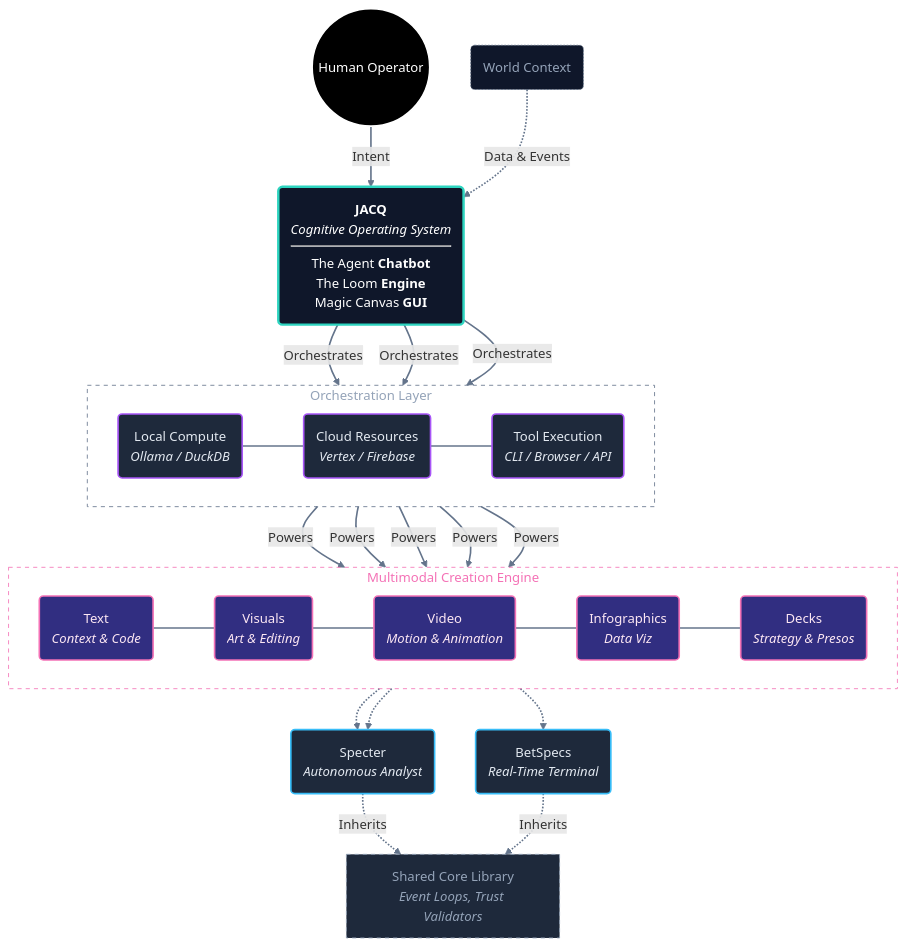
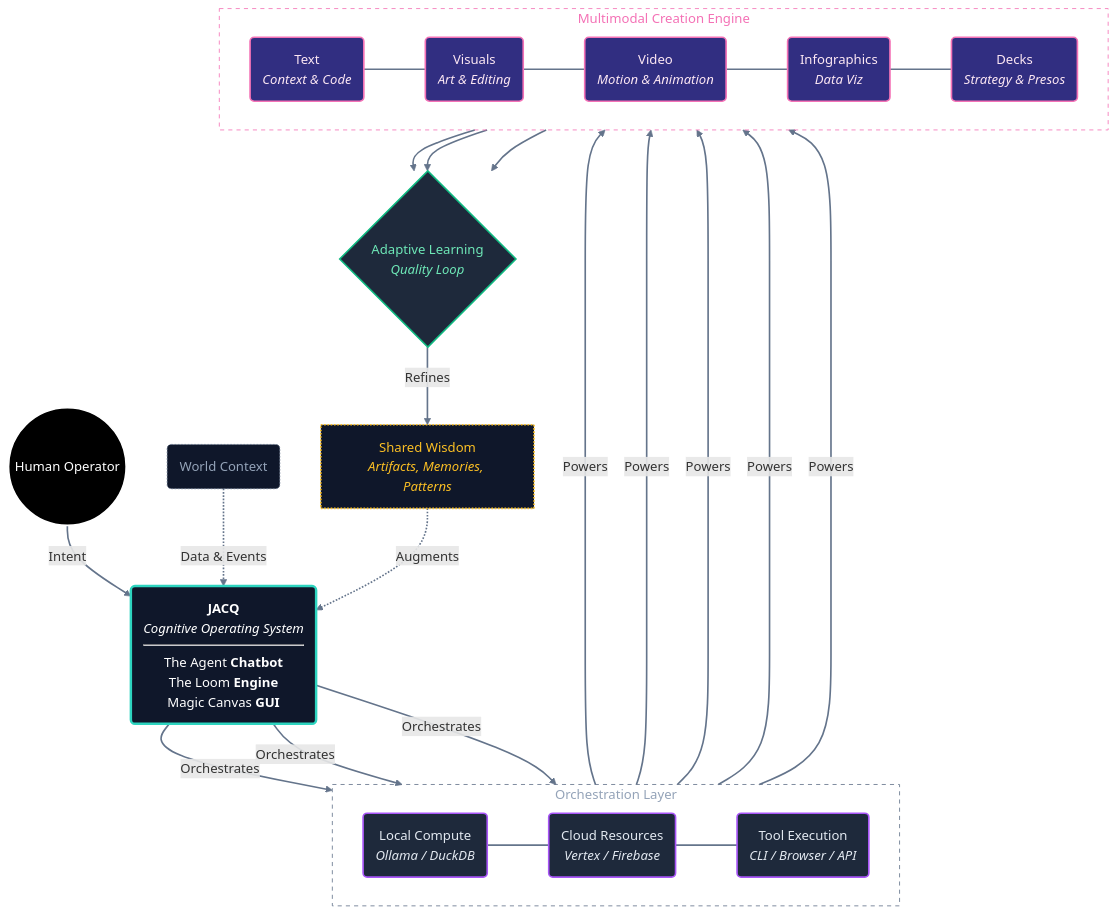
Before and after one commit to shifujosh/shifujosh: the diagram in assets/portfolio_ecosystem.mmd, drawn with Mermaid. The commit also changed 2 other files, not shown here.

Commit message:
style: update portfolio diagram (round 8 - adaptive learning loop) & bust cache

```diff
--- a/assets/portfolio_ecosystem.mmd
+++ b/assets/portfolio_ecosystem.mmd
@@ -1,85 +1,80 @@
 graph TD
     %% Styling - Minimalist Dark Mode with Frontier Accents
     %% Hub: Central OS
     classDef hub fill:#0f172a,stroke:#2dd4bf,stroke-width:3px,color:#fff;
-    %% App: End user applications
-    classDef app fill:#1e293b,stroke:#38bdf8,stroke-width:2px,color:#e2e8f0;
     %% Infra: Orchestration layer
     classDef infra fill:#1e293b,stroke:#a855f7,stroke-width:2px,color:#e2e8f0;
-    %% Shared: Libraries
-    classDef shared fill:#1e293b,stroke:#94a3b8,stroke-width:1px,stroke-dasharray: 5 5,color:#94a3b8;
+    %% Shared: Wisdom/Memory
+    classDef wisdom fill:#0f172a,stroke:#fbbf24,stroke-width:2px,color:#fbbf24,stroke-dasharray: 2 2;
     %% Actor: User
     classDef actor fill:#000000,stroke:#fff,stroke-width:2px,color:#fff;
     %% Input: Context
     classDef input fill:#0f172a,stroke:#64748b,stroke-width:1px,color:#94a3b8,stroke-dasharray: 2 2;
     %% Frontier: Multimodal outputs
     classDef frontier fill:#312e81,stroke:#f472b6,stroke-width:2px,color:#fce7f3;
+    %% Learning Loop
+    classDef loop fill:#1e293b,stroke:#10b981,stroke-width:2px,color:#6ee7b7;
 
     %% 1. Inputs - Top Level
     User((Human Operator)):::actor
     World(World Context):::input
 
-    %% 2. The Core - Expanded Definition
-    %% Using a single rich node to avoid subgraph boxes while showing depth
+    %% 2. The Core
     JACQ(<b>JACQ</b><br/><i>Cognitive Operating System</i><hr/>The Agent <b>Chatbot</b><br/>The Loom <b>Engine</b><br/>Magic Canvas <b>GUI</b>):::hub
 
-    %% 3. Infrastructure Layer (Orchestration) - With Outline Box
+    %% 3. Infrastructure Layer (Orchestration)
     subgraph Orchestration [Orchestration Layer]
         direction LR
         style Orchestration fill:none,stroke:#64748b,stroke-width:1px,stroke-dasharray: 5 5,color:#94a3b8
         Local(Local Compute<br/><i>Ollama / DuckDB</i>):::infra
         Cloud(Cloud Resources<br/><i>Vertex / Firebase</i>):::infra
         Tools(Tool Execution<br/><i>CLI / Browser / API</i>):::infra
     end
 
-    %% 4. Multimodal Output Engine - With Outline Box
+    %% 4. Multimodal Output Engine
     subgraph Outputs [Multimodal Creation Engine]
         direction LR
         style Outputs fill:none,stroke:#f472b6,stroke-width:1px,stroke-dasharray: 5 5,color:#f472b6
         Text(Text<br/><i>Context & Code</i>):::frontier
         Visuals(Visuals<br/><i>Art & Editing</i>):::frontier
         Video(Video<br/><i>Motion & Animation</i>):::frontier
         Info(Infographics<br/><i>Data Viz</i>):::frontier
         Slides(Decks<br/><i>Strategy & Presos</i>):::frontier
     end
-
-    %% 5. The App Federation (Deployment)
-    Specter(Specter<br/><i>Autonomous Analyst</i>):::app
-    BetSpecs(BetSpecs<br/><i>Real-Time Terminal</i>):::app
     
-    %% 6. DNA
-    Patterns[Shared Core Library<br/><i>Event Loops, Trust Validators</i>]:::shared
+    %% 5. The Virtuous Cycle
+    Learning{Adaptive Learning<br/><i>Quality Loop</i>}:::loop
+    Wisdom[Shared Wisdom<br/><i>Artifacts, Memories, Patterns</i>]:::wisdom
 
     %% Connection Logic - Vertical Flow
     User ==>|Intent| JACQ
     World -.->|Data & Events| JACQ
     
     %% JACQ to Infra
     JACQ ==>|Orchestrates| Local
     JACQ ==>|Orchestrates| Cloud
     JACQ ==>|Orchestrates| Tools
     
     %% Force Infra Alignment
     Local ~~~ Cloud ~~~ Tools
     
     %% Frontier Power
     Cloud ==>|Powers| Text
     Cloud ==>|Powers| Visuals
     Cloud ==>|Powers| Video
     Cloud ==>|Powers| Info
     Cloud ==>|Powers| Slides
     
     %% Force Output Alignment
     Text ~~~ Visuals ~~~ Video ~~~ Info ~~~ Slides
     
-    %% Outputs feeding Apps
-    Text -.-> Specter
-    Visuals -.-> Specter
-    Info -.-> BetSpecs
+    %% The Adaptive Loop
+    Text --> Learning
+    Visuals --> Learning
+    Info --> Learning
     
-    %% Patterns
-    Specter -.->|Inherits| Patterns
-    BetSpecs -.->|Inherits| Patterns
+    Learning ==>|Refines| Wisdom
+    Wisdom -.->|Augments| JACQ
 
     %% Layout - Explicit Link Styling
     linkStyle default stroke-width:2px,fill:none,stroke:#64748b
```
